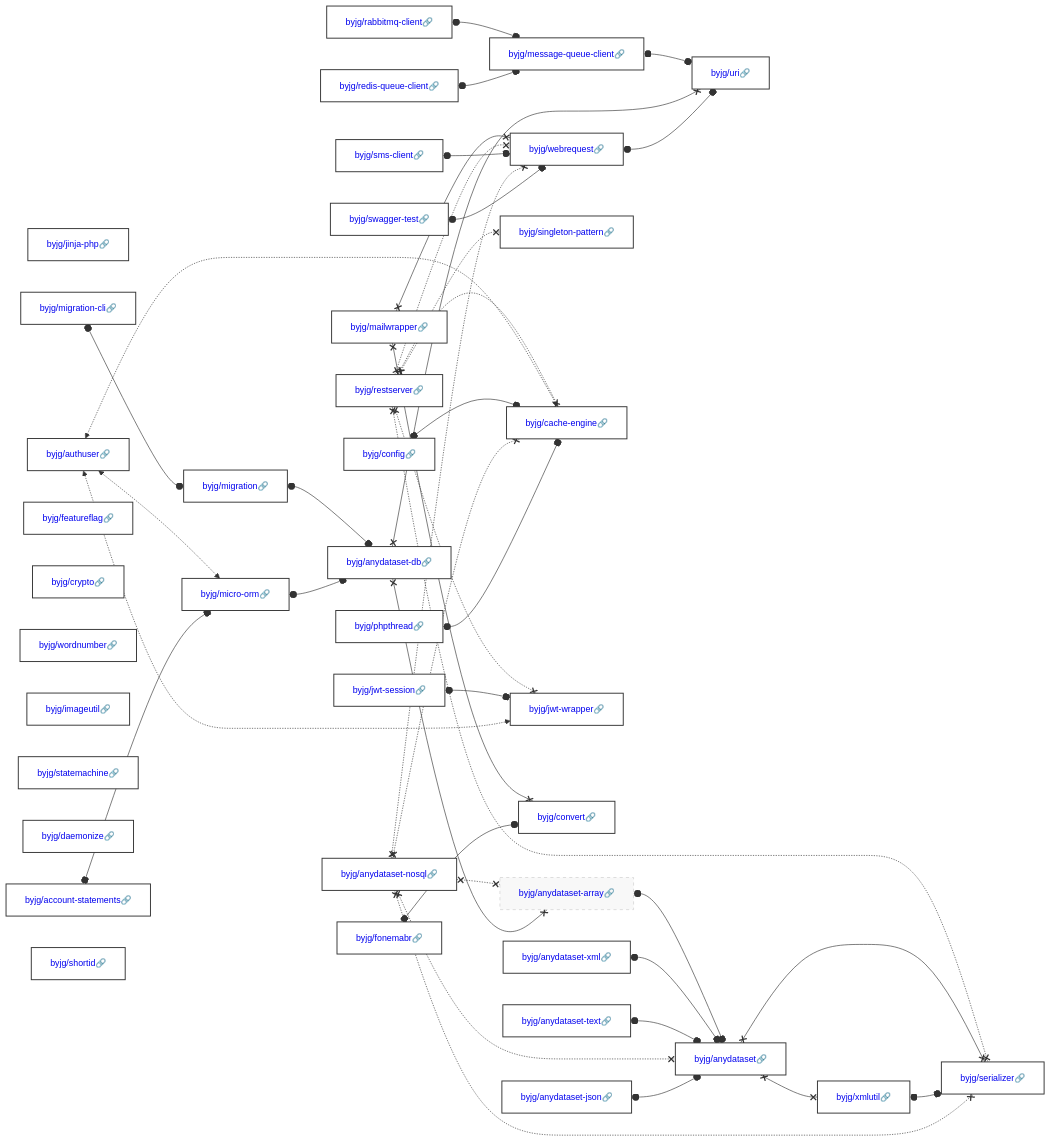
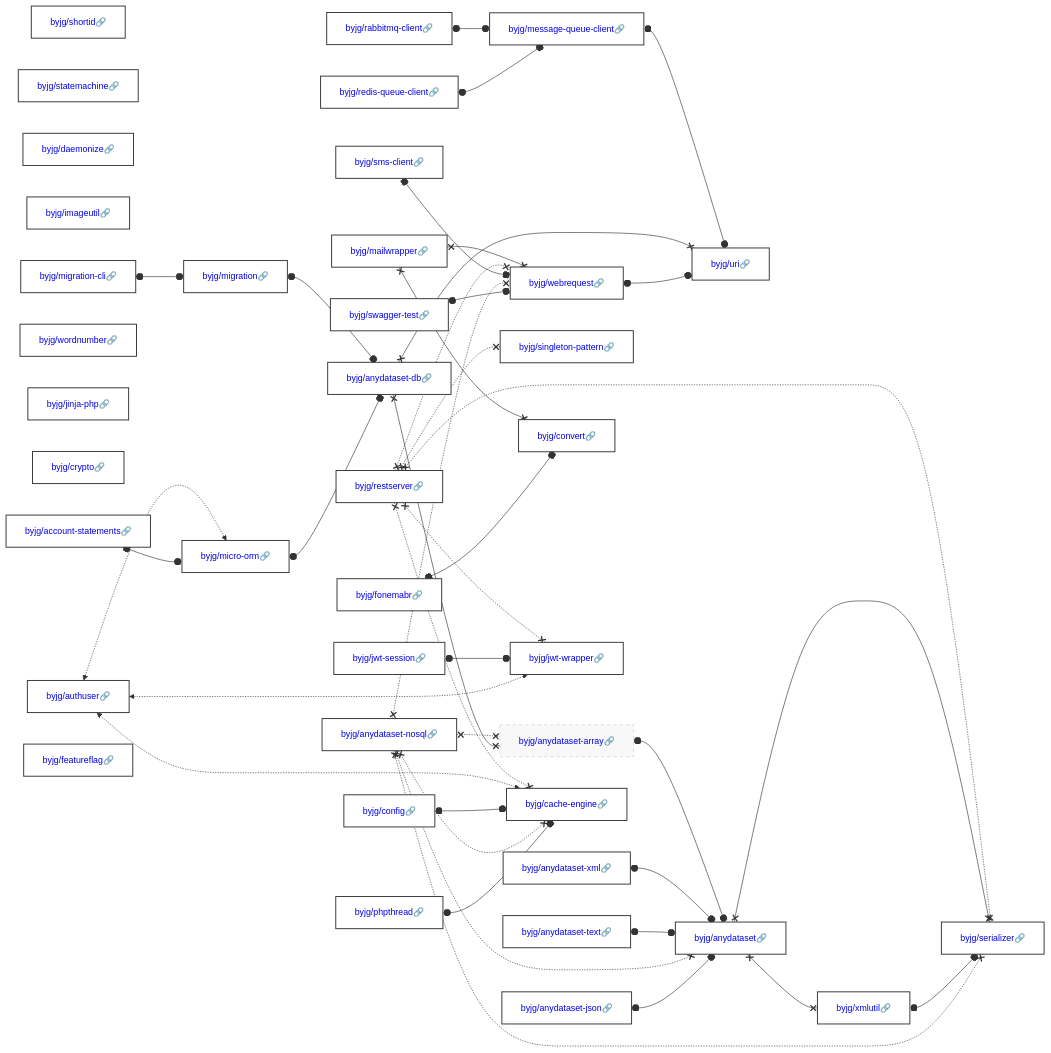
Before and after one commit to byjg/byjg.github.io: the diagram in docs/php/README.md, drawn with Mermaid. The commit also changed other lines of this file, not shown here.

Commit message:
Update documentation 'php' 'php-cache-engine'

````diff
--- a/docs/php/README.md
+++ b/docs/php/README.md
@@ -3,38 +3,38 @@
 ```mermaid
 graph LR;
+  byjg/shortid[<a href='https://opensource.byjg.com/docs/php/shortid' style='text-decoration:none'>byjg/shortid🔗</a>];
+  byjg/statemachine[<a href='https://opensource.byjg.com/docs/php/statemachine' style='text-decoration:none'>byjg/statemachine🔗</a>];
+  byjg/daemonize[<a href='https://opensource.byjg.com/docs/php/daemonize' style='text-decoration:none'>byjg/daemonize🔗</a>];
+  byjg/fonemabr[<a href='https://opensource.byjg.com/docs/php/fonemabr' style='text-decoration:none'>byjg/fonemabr🔗</a>];
+  byjg/imageutil[<a href='https://opensource.byjg.com/docs/php/imageutil' style='text-decoration:none'>byjg/imageutil🔗</a>];
+  byjg/anydataset-json[<a href='https://opensource.byjg.com/docs/php/anydataset-json' style='text-decoration:none'>byjg/anydataset-json🔗</a>];
+  byjg/migration-cli[<a href='https://opensource.byjg.com/docs/php/migration-cli' style='text-decoration:none'>byjg/migration-cli🔗</a>];
+  byjg/jwt-session[<a href='https://opensource.byjg.com/docs/php/jwt-session' style='text-decoration:none'>byjg/jwt-session🔗</a>];
+  byjg/restserver[<a href='https://opensource.byjg.com/docs/php/restserver' style='text-decoration:none'>byjg/restserver🔗</a>];
+  byjg/wordnumber[<a href='https://opensource.byjg.com/docs/php/wordnumber' style='text-decoration:none'>byjg/wordnumber🔗</a>];
   byjg/jinja-php[<a href='https://opensource.byjg.com/docs/php/jinja-php' style='text-decoration:none'>byjg/jinja-php🔗</a>];
+  byjg/rabbitmq-client[<a href='https://opensource.byjg.com/docs/php/rabbitmq-client' style='text-decoration:none'>byjg/rabbitmq-client🔗</a>];
+  byjg/anydataset-text[<a href='https://opensource.byjg.com/docs/php/anydataset-text' style='text-decoration:none'>byjg/anydataset-text🔗</a>];
+  byjg/phpthread[<a href='https://opensource.byjg.com/docs/php/phpthread' style='text-decoration:none'>byjg/phpthread🔗</a>];
+  byjg/swagger-test[<a href='https://opensource.byjg.com/docs/php/swagger-test' style='text-decoration:none'>byjg/swagger-test🔗</a>];
+  byjg/redis-queue-client[<a href='https://opensource.byjg.com/docs/php/redis-queue-client' style='text-decoration:none'>byjg/redis-queue-client🔗</a>];
+  byjg/anydataset-xml[<a href='https://opensource.byjg.com/docs/php/anydataset-xml' style='text-decoration:none'>byjg/anydataset-xml🔗</a>];
+  byjg/sms-client[<a href='https://opensource.byjg.com/docs/php/sms-client' style='text-decoration:none'>byjg/sms-client🔗</a>];
+  byjg/crypto[<a href='https://opensource.byjg.com/docs/php/crypto' style='text-decoration:none'>byjg/crypto🔗</a>];
+  byjg/mailwrapper[<a href='https://opensource.byjg.com/docs/php/mailwrapper' style='text-decoration:none'>byjg/mailwrapper🔗</a>];
+  byjg/account-statements[<a href='https://opensource.byjg.com/docs/php/account-statements' style='text-decoration:none'>byjg/account-statements🔗</a>];
+  byjg/authuser[<a href='https://opensource.byjg.com/docs/php/authuser' style='text-decoration:none'>byjg/authuser🔗</a>];
   byjg/anydataset-nosql[<a href='https://opensource.byjg.com/docs/php/anydataset-nosql' style='text-decoration:none'>byjg/anydataset-nosql🔗</a>];
+  byjg/featureflag[<a href='https://opensource.byjg.com/docs/php/featureflag' style='text-decoration:none'>byjg/featureflag🔗</a>];
   byjg/config[<a href='https://opensource.byjg.com/docs/php/config' style='text-decoration:none'>byjg/config🔗</a>];
-  byjg/jwt-session[<a href='https://opensource.byjg.com/docs/php/jwt-session' style='text-decoration:none'>byjg/jwt-session🔗</a>];
-  byjg/sms-client[<a href='https://opensource.byjg.com/docs/php/sms-client' style='text-decoration:none'>byjg/sms-client🔗</a>];
-  byjg/migration-cli[<a href='https://opensource.byjg.com/docs/php/migration-cli' style='text-decoration:none'>byjg/migration-cli🔗</a>];
-  byjg/anydataset-xml[<a href='https://opensource.byjg.com/docs/php/anydataset-xml' style='text-decoration:none'>byjg/anydataset-xml🔗</a>];
-  byjg/redis-queue-client[<a href='https://opensource.byjg.com/docs/php/redis-queue-client' style='text-decoration:none'>byjg/redis-queue-client🔗</a>];
-  byjg/fonemabr[<a href='https://opensource.byjg.com/docs/php/fonemabr' style='text-decoration:none'>byjg/fonemabr🔗</a>];
-  byjg/phpthread[<a href='https://opensource.byjg.com/docs/php/phpthread' style='text-decoration:none'>byjg/phpthread🔗</a>];
-  byjg/authuser[<a href='https://opensource.byjg.com/docs/php/authuser' style='text-decoration:none'>byjg/authuser🔗</a>];
-  byjg/restserver[<a href='https://opensource.byjg.com/docs/php/restserver' style='text-decoration:none'>byjg/restserver🔗</a>];
-  byjg/featureflag[<a href='https://opensource.byjg.com/docs/php/featureflag' style='text-decoration:none'>byjg/featureflag🔗</a>];
-  byjg/swagger-test[<a href='https://opensource.byjg.com/docs/php/swagger-test' style='text-decoration:none'>byjg/swagger-test🔗</a>];
-  byjg/crypto[<a href='https://opensource.byjg.com/docs/php/crypto' style='text-decoration:none'>byjg/crypto🔗</a>];
-  byjg/wordnumber[<a href='https://opensource.byjg.com/docs/php/wordnumber' style='text-decoration:none'>byjg/wordnumber🔗</a>];
-  byjg/imageutil[<a href='https://opensource.byjg.com/docs/php/imageutil' style='text-decoration:none'>byjg/imageutil🔗</a>];
-  byjg/mailwrapper[<a href='https://opensource.byjg.com/docs/php/mailwrapper' style='text-decoration:none'>byjg/mailwrapper🔗</a>];
-  byjg/rabbitmq-client[<a href='https://opensource.byjg.com/docs/php/rabbitmq-client' style='text-decoration:none'>byjg/rabbitmq-client🔗</a>];
-  byjg/statemachine[<a href='https://opensource.byjg.com/docs/php/statemachine' style='text-decoration:none'>byjg/statemachine🔗</a>];
-  byjg/anydataset-text[<a href='https://opensource.byjg.com/docs/php/anydataset-text' style='text-decoration:none'>byjg/anydataset-text🔗</a>];
-  byjg/anydataset-json[<a href='https://opensource.byjg.com/docs/php/anydataset-json' style='text-decoration:none'>byjg/anydataset-json🔗</a>];
-  byjg/daemonize[<a href='https://opensource.byjg.com/docs/php/daemonize' style='text-decoration:none'>byjg/daemonize🔗</a>];
-  byjg/account-statements[<a href='https://opensource.byjg.com/docs/php/account-statements' style='text-decoration:none'>byjg/account-statements🔗</a>];
-  byjg/shortid[<a href='https://opensource.byjg.com/docs/php/shortid' style='text-decoration:none'>byjg/shortid🔗</a>];
   byjg/migration[<a href='https://opensource.byjg.com/docs/php/migration' style='text-decoration:none'>byjg/migration🔗</a>];
   byjg/singleton-pattern[<a href='https://opensource.byjg.com/docs/php/singleton-pattern' style='text-decoration:none'>byjg/singleton-pattern🔗</a>];
+  byjg/message-queue-client[<a href='https://opensource.byjg.com/docs/php/message-queue-client' style='text-decoration:none'>byjg/message-queue-client🔗</a>];
+  byjg/convert[<a href='https://opensource.byjg.com/docs/php/convert' style='text-decoration:none'>byjg/convert🔗</a>];
+  byjg/micro-orm[<a href='https://opensource.byjg.com/docs/php/micro-orm' style='text-decoration:none'>byjg/micro-orm🔗</a>];
+  byjg/jwt-wrapper[<a href='https://opensource.byjg.com/docs/php/jwt-wrapper' style='text-decoration:none'>byjg/jwt-wrapper🔗</a>];
+  byjg/webrequest[<a href='https://opensource.byjg.com/docs/php/webrequest' style='text-decoration:none'>byjg/webrequest🔗</a>];
   byjg/cache-engine[<a href='https://opensource.byjg.com/docs/php/cache-engine' style='text-decoration:none'>byjg/cache-engine🔗</a>];
-  byjg/jwt-wrapper[<a href='https://opensource.byjg.com/docs/php/jwt-wrapper' style='text-decoration:none'>byjg/jwt-wrapper🔗</a>];
-  byjg/convert[<a href='https://opensource.byjg.com/docs/php/convert' style='text-decoration:none'>byjg/convert🔗</a>];
-  byjg/webrequest[<a href='https://opensource.byjg.com/docs/php/webrequest' style='text-decoration:none'>byjg/webrequest🔗</a>];
-  byjg/message-queue-client[<a href='https://opensource.byjg.com/docs/php/message-queue-client' style='text-decoration:none'>byjg/message-queue-client🔗</a>];
-  byjg/micro-orm[<a href='https://opensource.byjg.com/docs/php/micro-orm' style='text-decoration:none'>byjg/micro-orm🔗</a>];
   byjg/anydataset-db[<a href='https://opensource.byjg.com/docs/php/anydataset-db' style='text-decoration:none'>byjg/anydataset-db🔗</a>];
   byjg/anydataset-array[<a href='https://opensource.byjg.com/docs/php/anydataset-array' style='text-decoration:none'>byjg/anydataset-array🔗</a>];
   byjg/uri[<a href='https://opensource.byjg.com/docs/php/uri' style='text-decoration:none'>byjg/uri🔗</a>];
````
